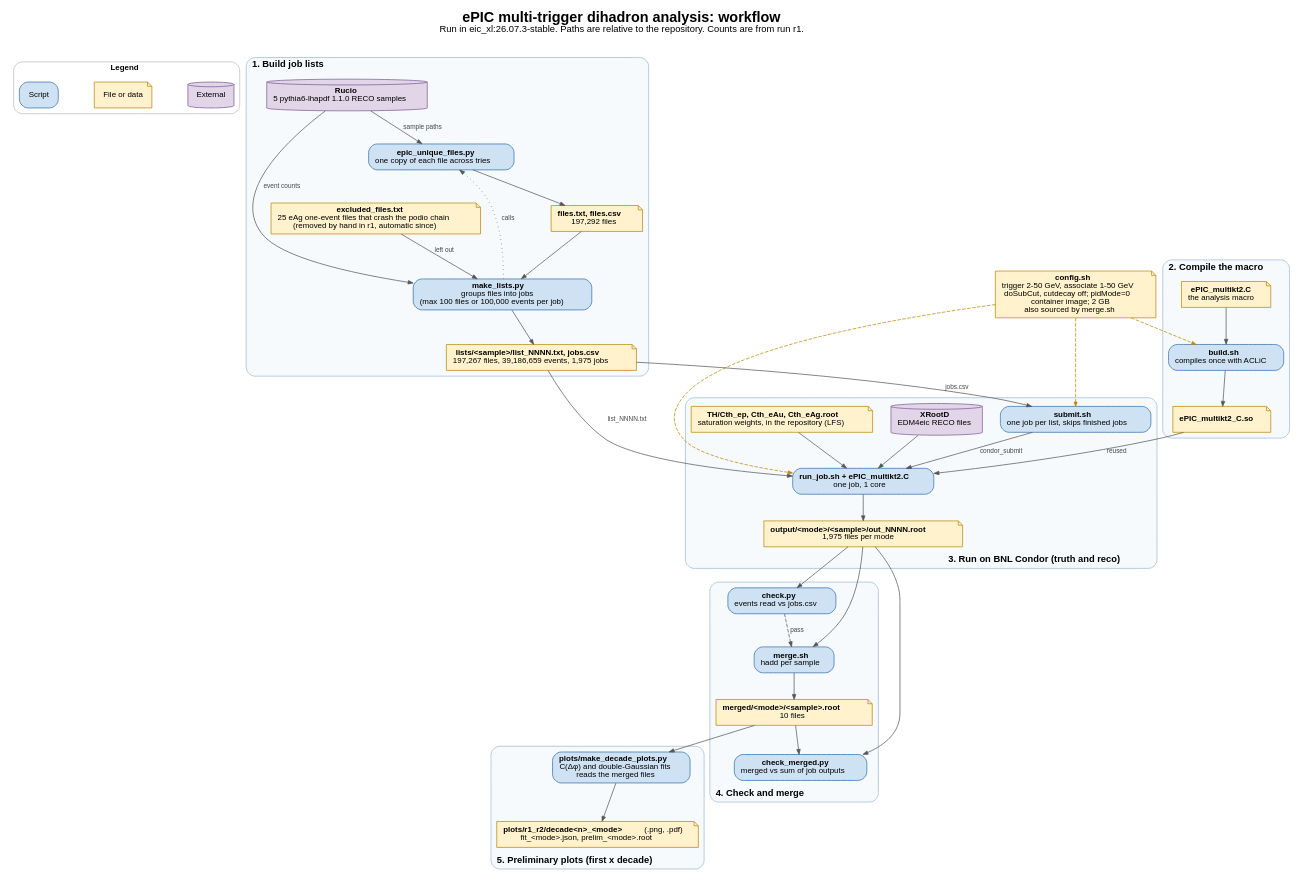
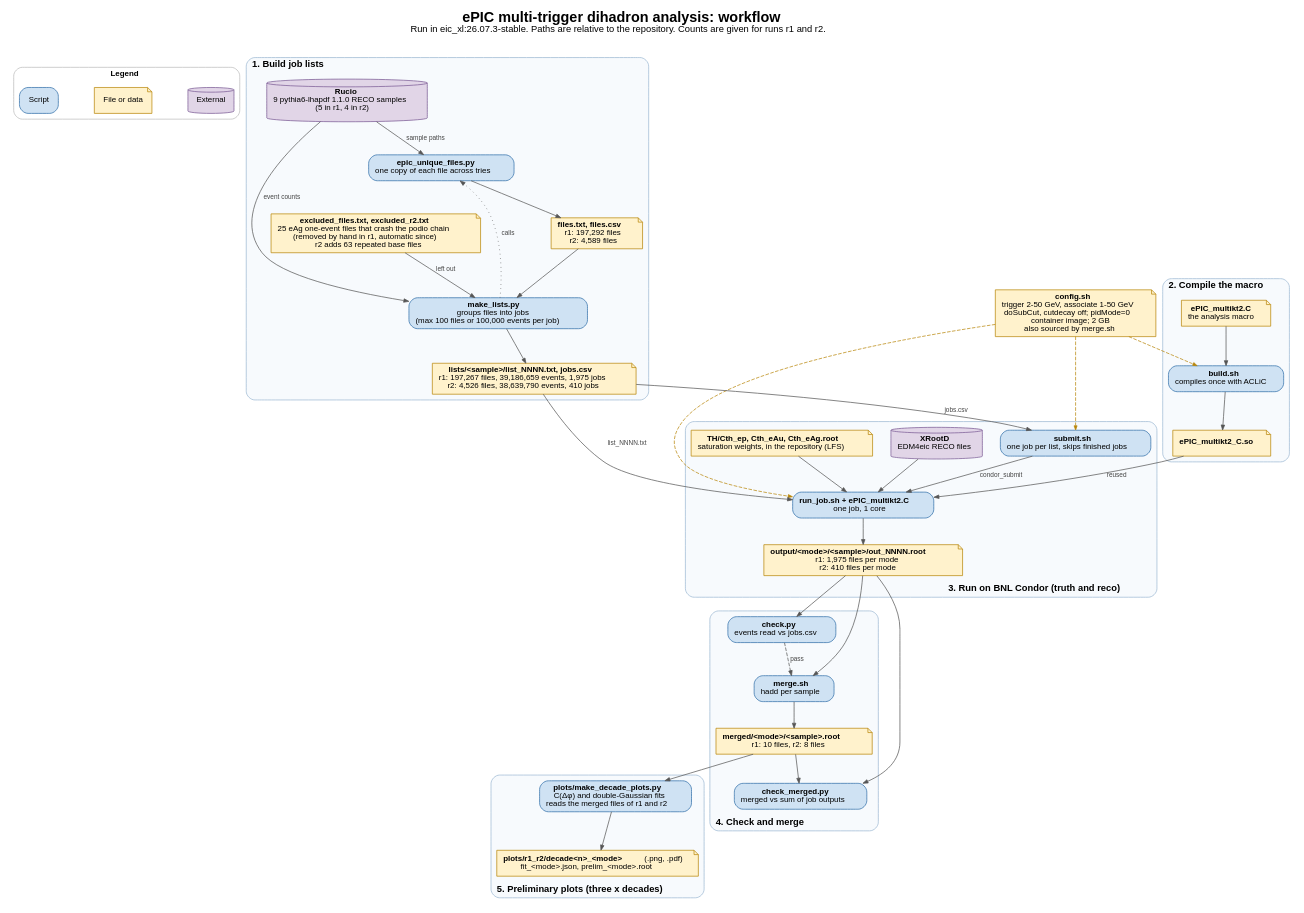
The diagram in workflow.dot (rahmans1/DihadronAnalysis), drawn with Graphviz before and after one commit. The commit also changed 1 other file, not shown here.

Commit message:
Update workflow diagram for runs r1 and r2
Show the counts of both runs, excluded_r2.txt and all three x decades.
Render with the host graphviz again: the container's picks a bitmap font,
which garbled the Greek letters in the render committed in 424a8b5.

```diff
--- a/workflow.dot
+++ b/workflow.dot
@@ -1,127 +1,128 @@
-// Workflow of the ePIC dihadron analysis, run r1.
+// Workflow of the ePIC dihadron analysis, runs r1 and r2.
 // Render: dot -Tpdf workflow.dot -o workflow.pdf   (also -Tpng -Gdpi=150, -Tsvg)
+// Render outside eic-shell: dot in the container picks a bitmap font and garbles the Greek letters.
 digraph workflow {
   graph [rankdir=TB, fontname="Helvetica", fontsize=20, labelloc=t, nodesep=0.35, ranksep=0.5,
          compound=true, newrank=true, splines=true, bgcolor="white",
-         label=<<b>ePIC multi-trigger dihadron analysis: workflow</b><br/><font point-size="13">Run in eic_xl:26.07.3-stable. Paths are relative to the repository. Counts are from run r1.</font><br/> >];
+         label=<<b>ePIC multi-trigger dihadron analysis: workflow</b><br/><font point-size="13">Run in eic_xl:26.07.3-stable. Paths are relative to the repository. Counts are given for runs r1 and r2.</font><br/> >];
   node  [fontname="Helvetica", fontsize=11, margin="0.12,0.07"];
   edge  [fontname="Helvetica", fontsize=9, color="#555555", fontcolor="#444444", arrowsize=0.7];
 
   // Legend
   subgraph cluster_legend {
     label=<<b>Legend</b>>; fontsize=11; style="rounded"; color="#BBBBBB"; rank=same;
     leg_script [shape=box, style="rounded,filled", fillcolor="#CFE2F3", color="#2F6DA8", label="Script"];
     leg_data   [shape=note, style=filled, fillcolor="#FFF2CC", color="#B8860B", label="File or data"];
     leg_ext    [shape=cylinder, style=filled, fillcolor="#E1D5E7", color="#7A5A94", label="External"];
     leg_script -> leg_data -> leg_ext [style=invis];
   }
 
   // Shared settings
   config [shape=note, style=filled, fillcolor="#FFF2CC", color="#B8860B",
           label=<<b>config.sh</b><br/>trigger 2-50 GeV, associate 1-50 GeV<br/>doSubCut, cutdecay off; pidMode=0<br/>container image; 2 GB<br/>also sourced by merge.sh>];
 
   // 1. Job lists
   subgraph cluster_lists {
     label=<<b>1. Build job lists</b>>; labeljust=l; fontsize=13; style="rounded,filled"; fillcolor="#F7FAFD"; color="#9DB9D3";
     rucio  [shape=cylinder, style=filled, fillcolor="#E1D5E7", color="#7A5A94",
-            label=<<b>Rucio</b><br/>5 pythia6-lhapdf 1.1.0 RECO samples>];
+            label=<<b>Rucio</b><br/>9 pythia6-lhapdf 1.1.0 RECO samples<br/>(5 in r1, 4 in r2)>];
     unique [shape=box, style="rounded,filled", fillcolor="#CFE2F3", color="#2F6DA8",
             label=<<b>epic_unique_files.py</b><br/>one copy of each file across tries>];
     make   [shape=box, style="rounded,filled", fillcolor="#CFE2F3", color="#2F6DA8",
             label=<<b>make_lists.py</b><br/>groups files into jobs<br/>(max 100 files or 100,000 events per job)>];
     manif  [shape=note, style=filled, fillcolor="#FFF2CC", color="#B8860B",
-            label=<<b>files.txt, files.csv</b><br/>197,292 files>];
+            label=<<b>files.txt, files.csv</b><br/>r1: 197,292 files<br/>r2: 4,589 files>];
     lists  [shape=note, style=filled, fillcolor="#FFF2CC", color="#B8860B",
-            label=<<b>lists/&lt;sample&gt;/list_NNNN.txt, jobs.csv</b><br/>197,267 files, 39,186,659 events, 1,975 jobs>];
+            label=<<b>lists/&lt;sample&gt;/list_NNNN.txt, jobs.csv</b><br/>r1: 197,267 files, 39,186,659 events, 1,975 jobs<br/>r2: 4,526 files, 38,639,790 events, 410 jobs>];
     excl   [shape=note, style=filled, fillcolor="#FFF2CC", color="#B8860B",
-            label=<<b>excluded_files.txt</b><br/>25 eAg one-event files that crash the podio chain<br/>(removed by hand in r1, automatic since)>];
+            label=<<b>excluded_files.txt, excluded_r2.txt</b><br/>25 eAg one-event files that crash the podio chain<br/>(removed by hand in r1, automatic since)<br/>r2 adds 63 repeated base files>];
   }
 
   // 2. Macro
   subgraph cluster_macro {
     label=<<b>2. Compile the macro</b>>; labeljust=l; fontsize=13; style="rounded,filled"; fillcolor="#F7FAFD"; color="#9DB9D3";
     macro [shape=note, style=filled, fillcolor="#FFF2CC", color="#B8860B",
            label=<<b>ePIC_multikt2.C</b><br/>the analysis macro>];
     build [shape=box, style="rounded,filled", fillcolor="#CFE2F3", color="#2F6DA8",
            label=<<b>build.sh</b><br/>compiles once with ACLiC>];
     lib   [shape=note, style=filled, fillcolor="#FFF2CC", color="#B8860B",
            label=<<b>ePIC_multikt2_C.so</b>>];
   }
 
   // 3. Condor
   subgraph cluster_batch {
     label=<<b>3. Run on BNL Condor (truth and reco)</b>>; labeljust=r; labelloc=b; fontsize=13; style="rounded,filled"; fillcolor="#F7FAFD"; color="#9DB9D3";
     submit [shape=box, style="rounded,filled", fillcolor="#CFE2F3", color="#2F6DA8",
             label=<<b>submit.sh</b><br/>one job per list, skips finished jobs>];
     runjob [shape=box, style="rounded,filled", fillcolor="#CFE2F3", color="#2F6DA8",
             label=<<b>run_job.sh + ePIC_multikt2.C</b><br/>one job, 1 core>];
     xrd    [shape=cylinder, style=filled, fillcolor="#E1D5E7", color="#7A5A94",
             label=<<b>XRootD</b><br/>EDM4eic RECO files>];
     theory [shape=note, style=filled, fillcolor="#FFF2CC", color="#B8860B",
             label=<<b>TH/Cth_ep, Cth_eAu, Cth_eAg.root</b><br/>saturation weights, in the repository (LFS)>];
     out    [shape=note, style=filled, fillcolor="#FFF2CC", color="#B8860B",
-            label=<<b>output/&lt;mode&gt;/&lt;sample&gt;/out_NNNN.root</b><br/>1,975 files per mode>];
+            label=<<b>output/&lt;mode&gt;/&lt;sample&gt;/out_NNNN.root</b><br/>r1: 1,975 files per mode<br/>r2: 410 files per mode>];
   }
 
   // 4. Check and merge
   subgraph cluster_merge {
     label=<<b>4. Check and merge</b>>; labeljust=l; labelloc=b; fontsize=13; style="rounded,filled"; fillcolor="#F7FAFD"; color="#9DB9D3";
     check  [shape=box, style="rounded,filled", fillcolor="#CFE2F3", color="#2F6DA8",
             label=<<b>check.py</b><br/>events read vs jobs.csv>];
     merge  [shape=box, style="rounded,filled", fillcolor="#CFE2F3", color="#2F6DA8",
             label=<<b>merge.sh</b><br/>hadd per sample>];
     merged [shape=note, style=filled, fillcolor="#FFF2CC", color="#B8860B",
-            label=<<b>merged/&lt;mode&gt;/&lt;sample&gt;.root</b><br/>10 files>];
+            label=<<b>merged/&lt;mode&gt;/&lt;sample&gt;.root</b><br/>r1: 10 files, r2: 8 files>];
     checkm [shape=box, style="rounded,filled", fillcolor="#CFE2F3", color="#2F6DA8",
             label=<<b>check_merged.py</b><br/>merged vs sum of job outputs>];
   }
 
   // 5. Plots
   subgraph cluster_plots {
-    label=<<b>5. Preliminary plots (first x decade)</b>>; labeljust=l; labelloc=b; fontsize=13; style="rounded,filled"; fillcolor="#F7FAFD"; color="#9DB9D3";
+    label=<<b>5. Preliminary plots (three x decades)</b>>; labeljust=l; labelloc=b; fontsize=13; style="rounded,filled"; fillcolor="#F7FAFD"; color="#9DB9D3";
     plot [shape=box, style="rounded,filled", fillcolor="#CFE2F3", color="#2F6DA8",
-          label=<<b>plots/make_decade_plots.py</b><br/>C(&#916;&#966;) and double-Gaussian fits<br/>reads the merged files>];
+          label=<<b>plots/make_decade_plots.py</b><br/>C(&#916;&#966;) and double-Gaussian fits<br/>reads the merged files of r1 and r2>];
     figs [shape=note, style=filled, fillcolor="#FFF2CC", color="#B8860B",
           label=<<b>plots/r1_r2/decade&lt;n&gt;_&lt;mode&gt;</b> (.png, .pdf)<br/>fit_&lt;mode&gt;.json, prelim_&lt;mode&gt;.root>];
   }
 
   // Step 1
   rucio  -> unique [label=" sample paths"];
   unique -> manif;
   manif  -> make;
   rucio  -> make   [label=" event counts"];
   make   -> unique [style=dotted, constraint=false, label=" calls"];
   excl   -> make   [label=" left out"];
   make   -> lists;
 
   // Step 2
   macro -> build;
   build -> lib;
 
   // Step 3
   lists  -> submit [label=" jobs.csv"];
   submit -> runjob [label=" condor_submit"];
   lists  -> runjob [label=" list_NNNN.txt"];
   lib    -> runjob [label=" reused"];
   xrd    -> runjob;
   theory -> runjob;
   runjob -> out;
 
   // Step 4
   out    -> check;
   check  -> merge  [style=dashed, label=" pass"];
   out    -> merge;
   merge  -> merged;
   merged -> checkm;
   out    -> checkm;
 
   // Step 5
   merged -> plot;
   plot -> figs;
 
   // Settings
   edge [color="#B8860B", style=dashed, arrowsize=0.6];
   config -> build;
   config -> submit;
   config -> runjob;
 }
```
